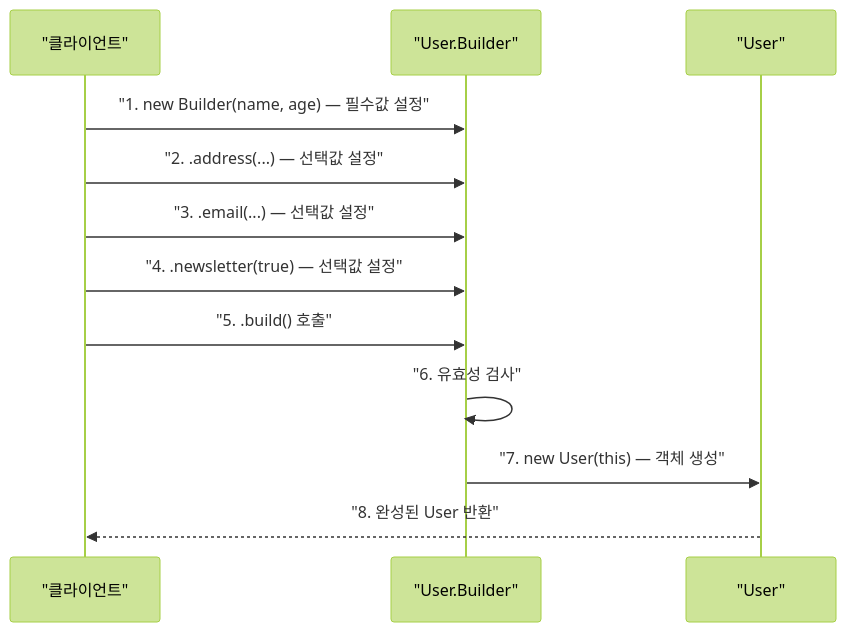
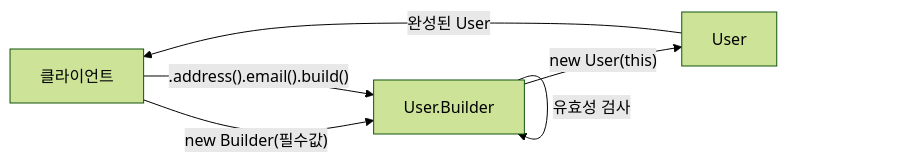
The second of 2 diagrams in _posts/designPattern/2021-12-10-BuilderPattern.md (yjkim2015/yjkim2015.github.io), drawn with Mermaid (forest theme) before and after one commit. The commit also changed 50 other files, not shown here.

First line of the commit message:
stateDiagram 11개 graph LR 변환 + 테이블 빈 셀 17개 수정

````diff
--- a/_posts/designPattern/2021-12-10-BuilderPattern.md
+++ b/_posts/designPattern/2021-12-10-BuilderPattern.md
@@ -222,14 +222,8 @@
 ```mermaid
-sequenceDiagram
-    participant C as "클라이언트"
-    participant B as "User.Builder"
-    participant U as "User"
-    C->>B: "1. new Builder(name, age) — 필수값 설정"
-    C->>B: "2. .address(...) — 선택값 설정"
-    C->>B: "3. .email(...) — 선택값 설정"
-    C->>B: "4. .newsletter(true) — 선택값 설정"
-    C->>B: "5. .build() 호출"
-    B->>B: "6. 유효성 검사"
-    B->>U: "7. new User(this) — 객체 생성"
-    U-->>C: "8. 완성된 User 반환"
+graph LR
+    C["클라이언트"] -->|"new Builder(필수값)"| B["User.Builder"]
+    C -->|".address().email().build()"| B
+    B -->|"유효성 검사"| B
+    B -->|"new User(this)"| U["User"]
+    U -->|"완성된 User"| C
 ```
````
